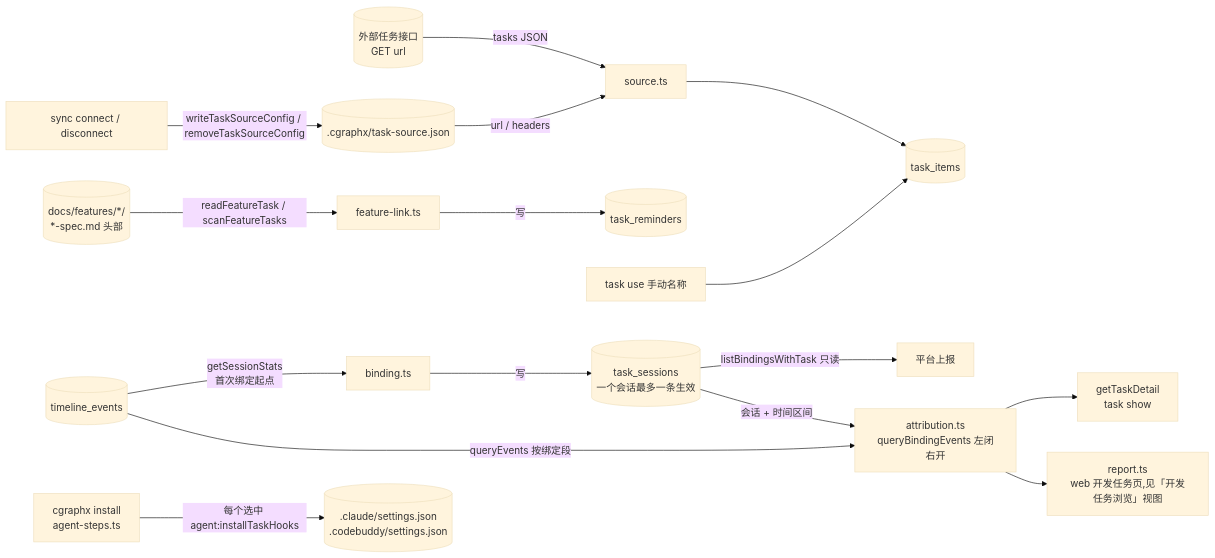
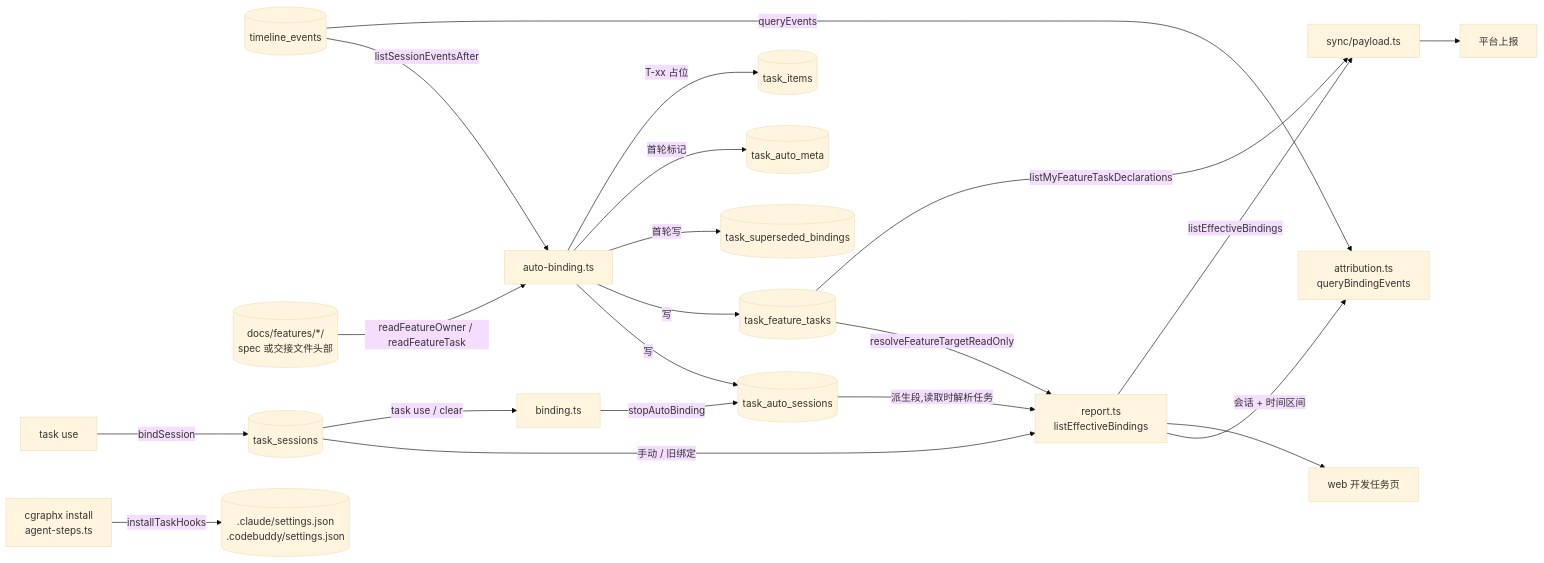
One commit to smdnkB/cgraphx changed the third of 3 diagrams in docs/code-map/flows/开发任务绑定.md. Above: the diagram before and after it, drawn with Mermaid (base theme). The commit also changed other lines of this file and 8 other files, not shown here.

First line of the commit message:
docs: 更新任务知识库与代码地图——任务自动关联落地后的现状

````diff
--- a/docs/code-map/flows/开发任务绑定.md
+++ b/docs/code-map/flows/开发任务绑定.md
@@ -124,18 +138,23 @@
 ```mermaid
 flowchart LR
-  api[(外部任务接口<br/>GET url)] -- tasks JSON --> src[source.ts]
-  cfg[(.cgraphx/task-source.json)] -- url / headers --> src
-  sync[sync connect / disconnect] -- writeTaskSourceConfig / removeTaskSourceConfig --> cfg
-  sess -- listBindingsWithTask 只读 --> up[平台上报]
-  src --> items[(task_items)]
-  manual[task use 手动名称] --> items
-  bind[binding.ts] -- 写 --> sess[(task_sessions<br/>一个会话最多一条生效)]
-  fl[feature-link.ts] -- 写 --> rem[(task_reminders)]
-  specs[(docs/features/*/<br/>*-spec.md 头部)] -- readFeatureTask / scanFeatureTasks --> fl
-  ev[(timeline_events)] -- getSessionStats<br/>首次绑定起点 --> bind
-  sess -- 会话 + 时间区间 --> attr[attribution.ts<br/>queryBindingEvents 左闭右开]
-  ev -- queryEvents 按绑定段 --> attr
-  attr --> show[getTaskDetail<br/>task show]
-  attr --> rep[report.ts<br/>web 开发任务页,见「开发任务浏览」视图]
-  inst[cgraphx install<br/>agent-steps.ts] -- 每个选中 agent:installTaskHooks --> settings[(.claude/settings.json<br/>.codebuddy/settings.json)]
+  ev[(timeline_events)] -- listSessionEventsAfter --> ab[auto-binding.ts]
+  specs[(docs/features/*/<br/>spec 或交接文件头部)] -- readFeatureOwner / readFeatureTask --> ab
+  ab -- 写 --> auto[(task_auto_sessions)]
+  ab -- 写 --> ft[(task_feature_tasks)]
+  ab -- 首轮写 --> sup[(task_superseded_bindings)]
+  ab -- 首轮标记 --> meta[(task_auto_meta)]
+  ab -- T-xx 占位 --> items[(task_items)]
+  manual[task use] -- bindSession --> sess[(task_sessions)]
+  sess -- 手动 / 旧绑定 --> eff[report.ts<br/>listEffectiveBindings]
+  auto -- 派生段,读取时解析任务 --> eff
+  ft -- resolveFeatureTargetReadOnly --> eff
+  eff -- 会话 + 时间区间 --> attr[attribution.ts<br/>queryBindingEvents]
+  ev -- queryEvents --> attr
+  eff --> web[web 开发任务页]
+  eff -- listEffectiveBindings --> payload[sync/payload.ts]
+  ft -- listMyFeatureTaskDeclarations --> payload
+  payload --> up[平台上报]
+  sess -- task use / clear --> bd[binding.ts]
+  bd -- stopAutoBinding --> auto
+  inst[cgraphx install<br/>agent-steps.ts] -- installTaskHooks --> settings[(.claude/settings.json<br/>.codebuddy/settings.json)]
 ```
````
